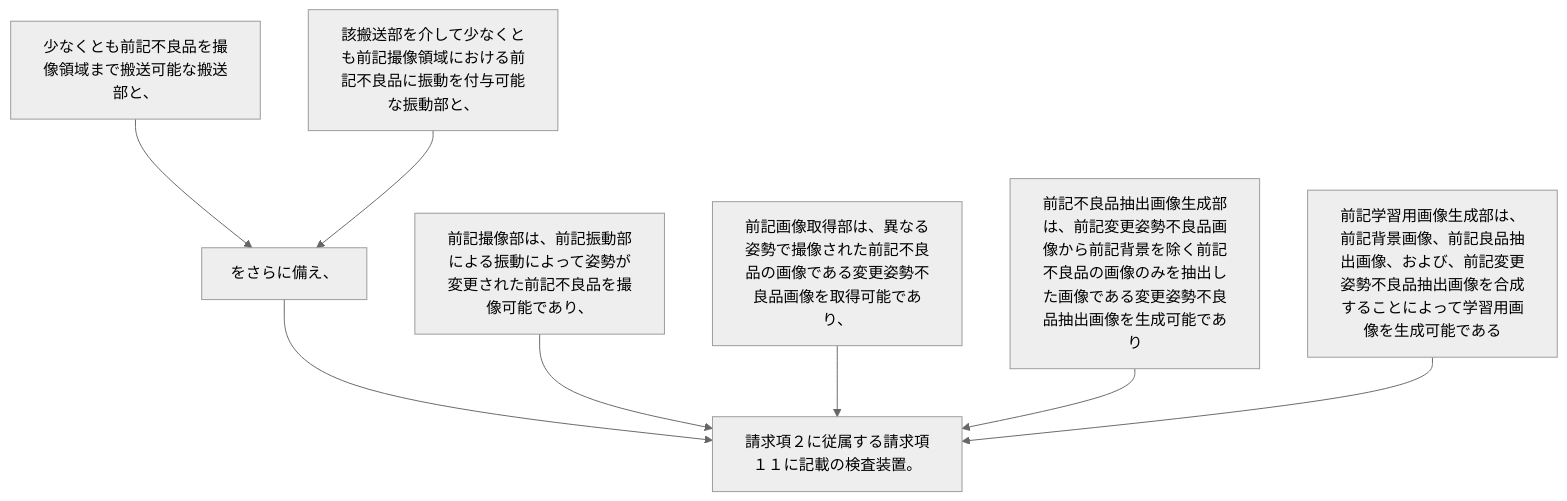
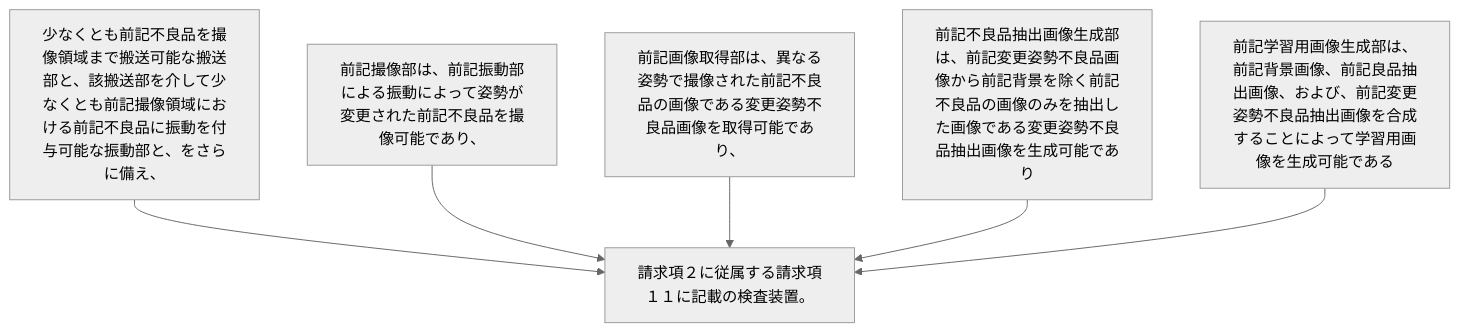
One commit to shinmori55/patent_analyzed changed the diagram in 2024/JP2024000284A/claim_12/claim_12_graph.md. Above: the diagram before and after it, drawn with Mermaid (neutral theme). The commit also changed 15 other files, not shown here.

````diff
--- a/2024/JP2024000284A/claim_12/claim_12_graph.md
+++ b/2024/JP2024000284A/claim_12/claim_12_graph.md
@@ -1,18 +1,14 @@
 ```mermaid
 flowchart TD
-A[少なくとも前記不良品を撮像領域まで搬送可能な搬送部と、]
-B[該搬送部を介して少なくとも前記撮像領域における前記不良品に振動を付与可能な振動部と、]
-C[をさらに備え、]
-D[前記撮像部は、前記振動部による振動によって姿勢が変更された前記不良品を撮像可能であり、]
-E[前記画像取得部は、異なる姿勢で撮像された前記不良品の画像である変更姿勢不良品画像を取得可能であり、]
-F[前記不良品抽出画像生成部は、前記変更姿勢不良品画像から前記背景を除く前記不良品の画像のみを抽出した画像である変更姿勢不良品抽出画像を生成可能であり]
-G[前記学習用画像生成部は、前記背景画像、前記良品抽出画像、および、前記変更姿勢不良品抽出画像を合成することによって学習用画像を生成可能である]
-H[請求項２に従属する請求項１１に記載の検査装置。]
-A --> C
-B --> C
-C --> H
-D --> H
-E --> H
-F --> H
-G --> H
+A[少なくとも前記不良品を撮像領域まで搬送可能な搬送部と、該搬送部を介して少なくとも前記撮像領域における前記不良品に振動を付与可能な振動部と、をさらに備え、]
+B[前記撮像部は、前記振動部による振動によって姿勢が変更された前記不良品を撮像可能であり、]
+C[前記画像取得部は、異なる姿勢で撮像された前記不良品の画像である変更姿勢不良品画像を取得可能であり、]
+D[前記不良品抽出画像生成部は、前記変更姿勢不良品画像から前記背景を除く前記不良品の画像のみを抽出した画像である変更姿勢不良品抽出画像を生成可能であり]
+E[前記学習用画像生成部は、前記背景画像、前記良品抽出画像、および、前記変更姿勢不良品抽出画像を合成することによって学習用画像を生成可能である]
+F[請求項２に従属する請求項１１に記載の検査装置。]
+A --> F
+B --> F
+C --> F
+D --> F
+E --> F
 ```
````
